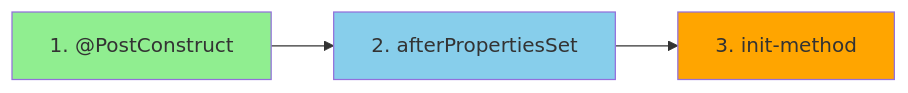
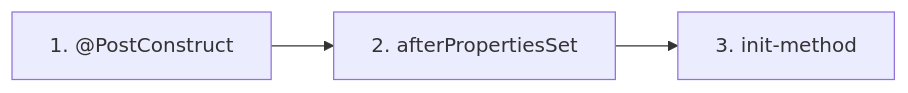
One commit to dd-xiaozhi/study-notes changed diagram 12 of 19 in Java/源码/spring源码/第3章_Spring_Bean_详解.md. Above: the diagram before and after it, drawn with Mermaid. The commit also changed other lines of this file and 19 other files, not shown here.

````diff
--- a/Java/源码/spring源码/第3章_Spring_Bean_详解.md
+++ b/Java/源码/spring源码/第3章_Spring_Bean_详解.md
@@ -819,9 +819,5 @@
 ```mermaid
 flowchart LR
     A[1. @PostConstruct] --> B[2. afterPropertiesSet]
     B --> C[3. init-method]
-    
-    style A fill:#90EE90
-    style B fill:#87CEEB
-    style C fill:#FFA500
 ```
````
